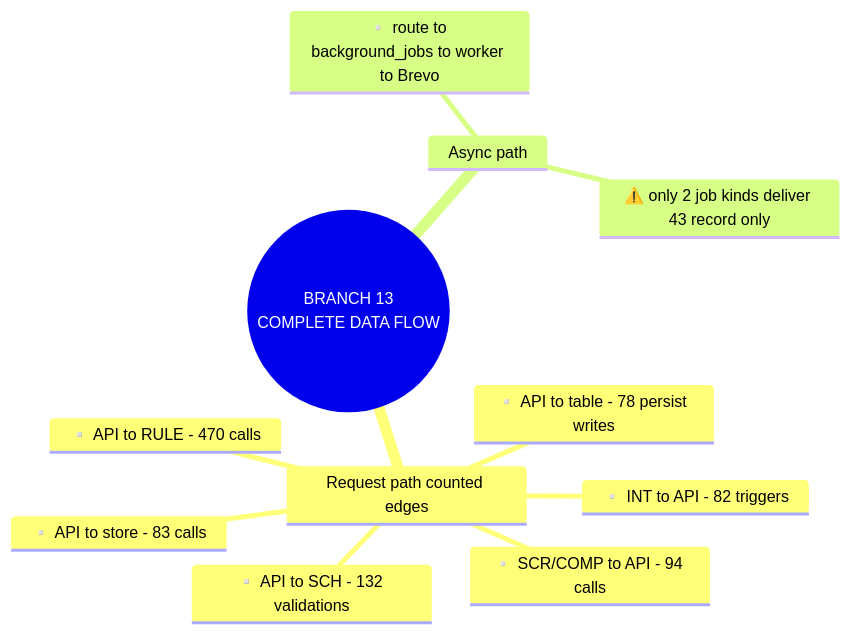
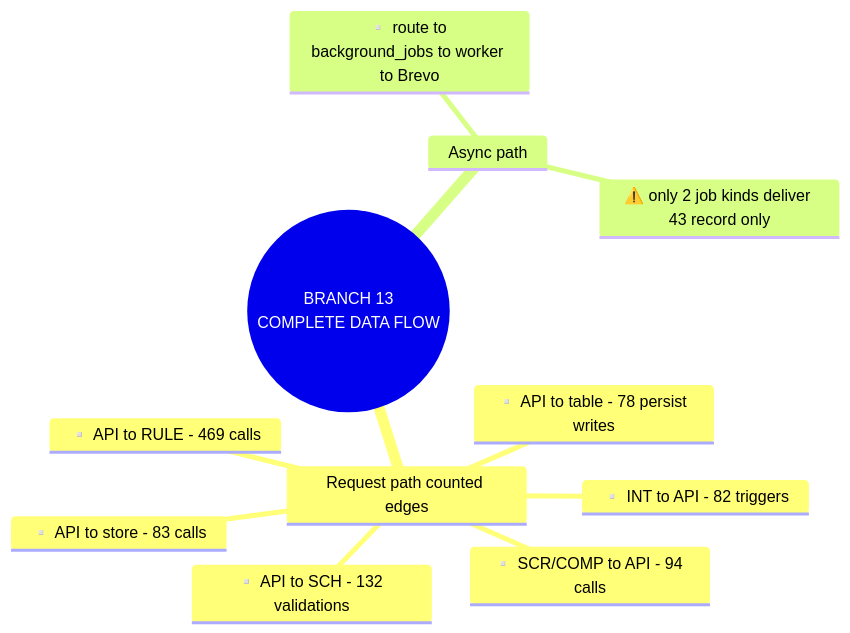
Before and after one commit to yhsomani/talentsphere-complete: diagram 15 of 22 in project-mindmap/master/MASTER_PROJECT_DIAGRAMS.md, drawn with Mermaid. The commit also changed other lines of this file and 171 other files, not shown here.

First line of the commit message:
docs(mindmap): feature catalog to nano level and graph views

````diff
--- a/project-mindmap/master/MASTER_PROJECT_DIAGRAMS.md
+++ b/project-mindmap/master/MASTER_PROJECT_DIAGRAMS.md
@@ -446,14 +446,14 @@
 ```mermaid
 mindmap
   root(("BRANCH 13<br/>COMPLETE DATA FLOW"))
     Request path counted edges
       ▫️ INT to API - 82 triggers
       ▫️ SCR/COMP to API - 94 calls
       ▫️ API to SCH - 132 validations
-      ▫️ API to RULE - 470 calls
+      ▫️ API to RULE - 469 calls
       ▫️ API to store - 83 calls
       ▫️ API to table - 78 persist writes
     Async path
       ▫️ route to background_jobs to worker to Brevo
       ⚠️ only 2 job kinds deliver 43 record only
 ```
````
